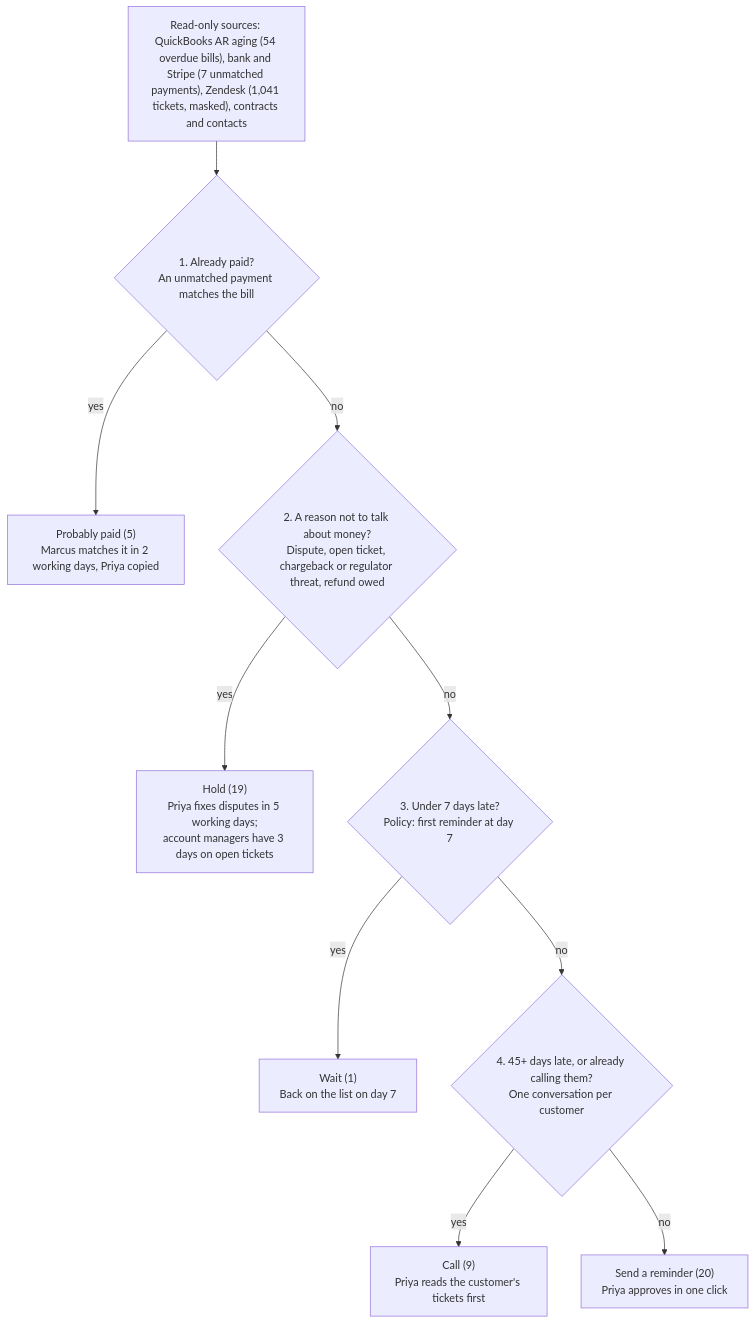
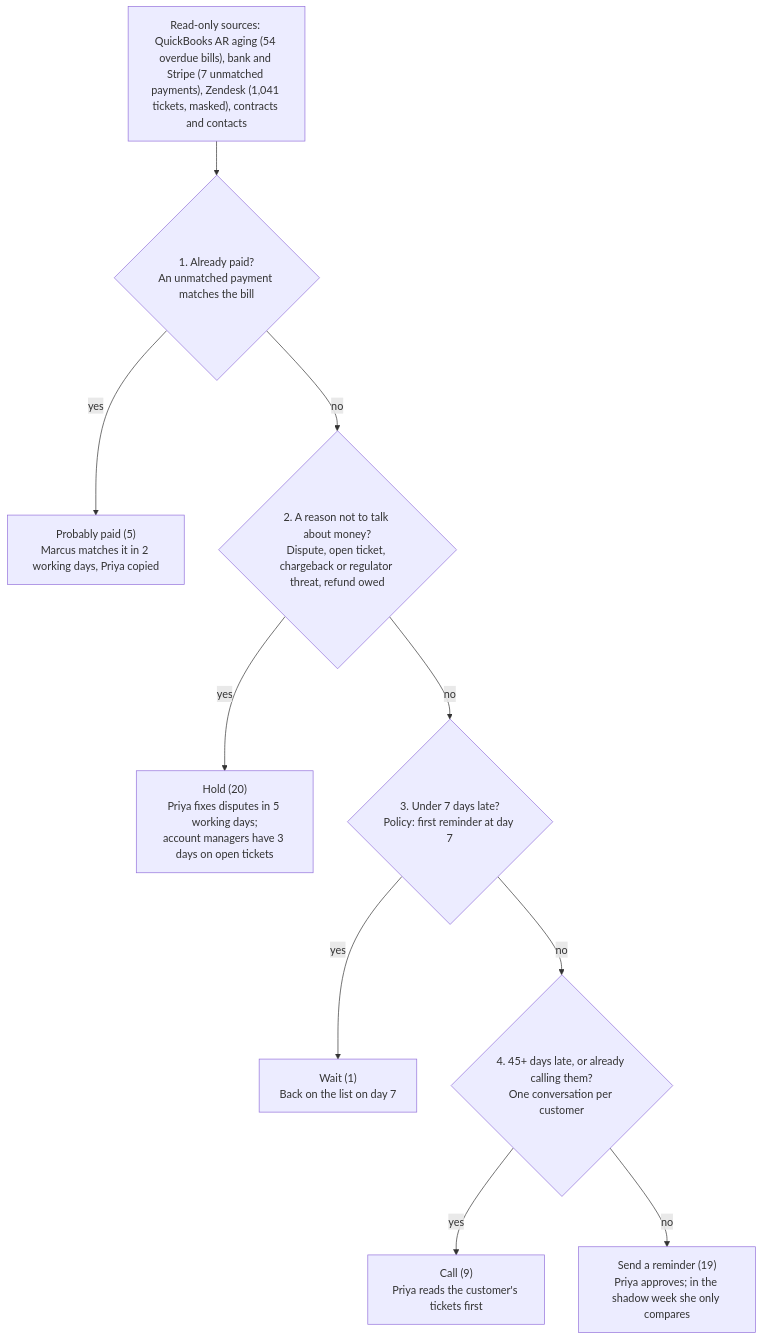
Before and after one commit to A28-2001/ledgerline-collections: the diagram in docs/process-diagram.md, drawn with Mermaid. The commit also changed other lines of this file and 10 other files, not shown here.

First line of the commit message:
Morning message follows the shadow week; clearer wording on chapter 6, the AI line, the Crane IT card and '5 minutes'

````diff
--- a/docs/process-diagram.md
+++ b/docs/process-diagram.md
@@ -9,12 +9,12 @@
 ```mermaid
 flowchart TD
   S["Read-only sources: QuickBooks AR aging (54 overdue bills), bank and Stripe (7 unmatched payments), Zendesk (1,041 tickets, masked), contracts and contacts"] --> Q1
   Q1{"1. Already paid?<br/>An unmatched payment matches the bill"} -- yes --> P["Probably paid (5)<br/>Marcus matches it in 2 working days, Priya copied"]
   Q1 -- no --> Q2{"2. A reason not to talk about money?<br/>Dispute, open ticket, chargeback or regulator threat, refund owed"}
-  Q2 -- yes --> H["Hold (19)<br/>Priya fixes disputes in 5 working days;<br/>account managers have 3 days on open tickets"]
+  Q2 -- yes --> H["Hold (20)<br/>Priya fixes disputes in 5 working days;<br/>account managers have 3 days on open tickets"]
   Q2 -- no --> Q3{"3. Under 7 days late?<br/>Policy: first reminder at day 7"}
   Q3 -- yes --> W["Wait (1)<br/>Back on the list on day 7"]
   Q3 -- no --> Q4{"4. 45+ days late, or already calling them?<br/>One conversation per customer"}
   Q4 -- yes --> C["Call (9)<br/>Priya reads the customer's tickets first"]
-  Q4 -- no --> R["Send a reminder (20)<br/>Priya approves in one click"]
+  Q4 -- no --> R["Send a reminder (19)<br/>Priya approves; in the shadow week she only compares"]
 ```
````
